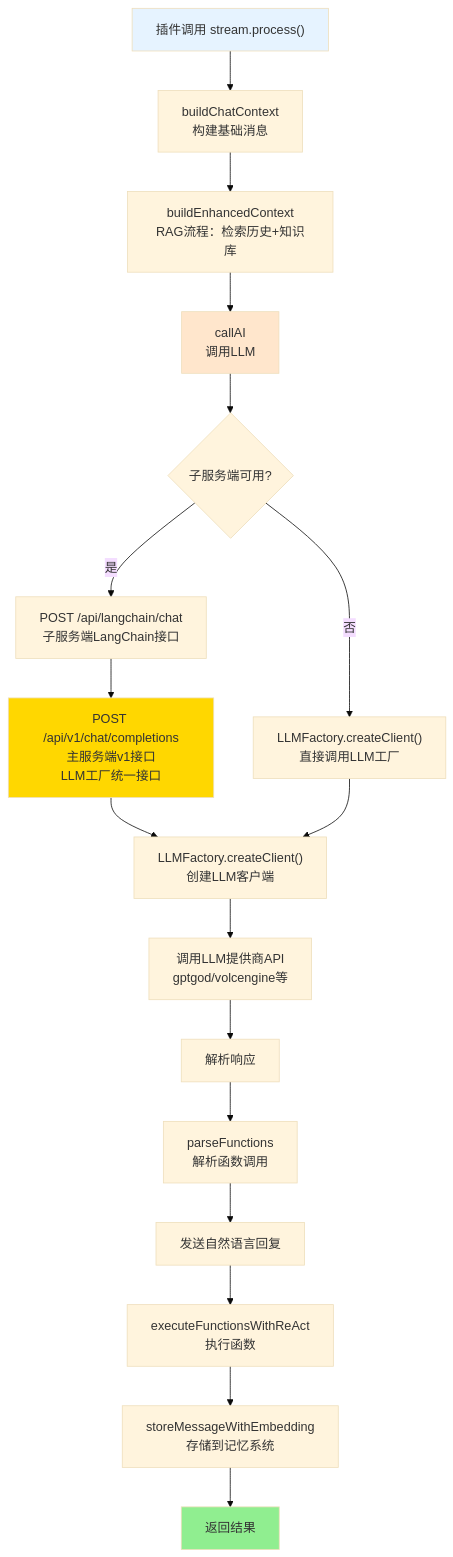
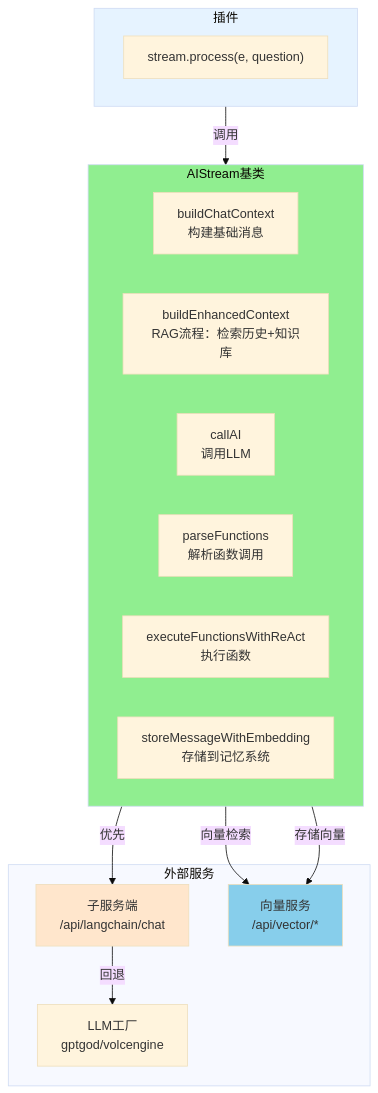
Before and after one commit to sunflowermm/XRK-AGT: the first of 2 diagrams in docs/aistream.md, drawn with Mermaid (base theme). The commit also changed other lines of this file and 4 other files, not shown here.

````diff
--- a/docs/aistream.md
+++ b/docs/aistream.md
@@ -406,24 +24,32 @@
 ```mermaid
 flowchart TB
-    A["插件调用 stream.process()"] --> B["buildChatContext<br/>构建基础消息"]
-    B --> C["buildEnhancedContext<br/>RAG流程：检索历史+知识库"]
-    C --> D["callAI<br/>调用LLM"]
-    D --> E{"子服务端可用?"}
-    E -->|是| F["POST /api/langchain/chat<br/>子服务端LangChain接口"]
-    E -->|否| G["LLMFactory.createClient()<br/>直接调用LLM工厂"]
-    F --> H["POST /api/v1/chat/completions<br/>主服务端v1接口<br/>LLM工厂统一接口"]
-    H --> I["LLMFactory.createClient()<br/>创建LLM客户端"]
-    G --> I
-    I --> J["调用LLM提供商API<br/>gptgod/volcengine等"]
-    J --> K["解析响应"]
-    K --> L["parseFunctions<br/>解析函数调用"]
-    L --> M["发送自然语言回复"]
-    M --> N["executeFunctionsWithReAct<br/>执行函数"]
-    N --> O["storeMessageWithEmbedding<br/>存储到记忆系统"]
-    O --> P["返回结果"]
+    subgraph Plugin["插件"]
+        Call["stream.process(e, question)"]
+    end
     
-    style A fill:#E6F3FF
-    style D fill:#FFE6CC
-    style H fill:#FFD700
-    style P fill:#90EE90
+    subgraph AIStream["AIStream基类"]
+        BuildCtx["buildChatContext<br/>构建基础消息"]
+        Enhance["buildEnhancedContext<br/>RAG流程：检索历史+知识库"]
+        CallAI["callAI<br/>调用LLM"]
+        ParseFunc["parseFunctions<br/>解析函数调用"]
+        Execute["executeFunctionsWithReAct<br/>执行函数"]
+        Store["storeMessageWithEmbedding<br/>存储到记忆系统"]
+    end
+    
+    subgraph Services["外部服务"]
+        Subserver["子服务端<br/>/api/langchain/chat"]
+        LLMFactory["LLM工厂<br/>gptgod/volcengine"]
+        Vector["向量服务<br/>/api/vector/*"]
+    end
+    
+    Plugin -->|调用| AIStream
+    AIStream -->|优先| Subserver
+    Subserver -->|回退| LLMFactory
+    AIStream -->|向量检索| Vector
+    AIStream -->|存储向量| Vector
+    
+    style Plugin fill:#E6F3FF
+    style AIStream fill:#90EE90
+    style Subserver fill:#FFE6CC
+    style Vector fill:#87CEEB
 ```
````
